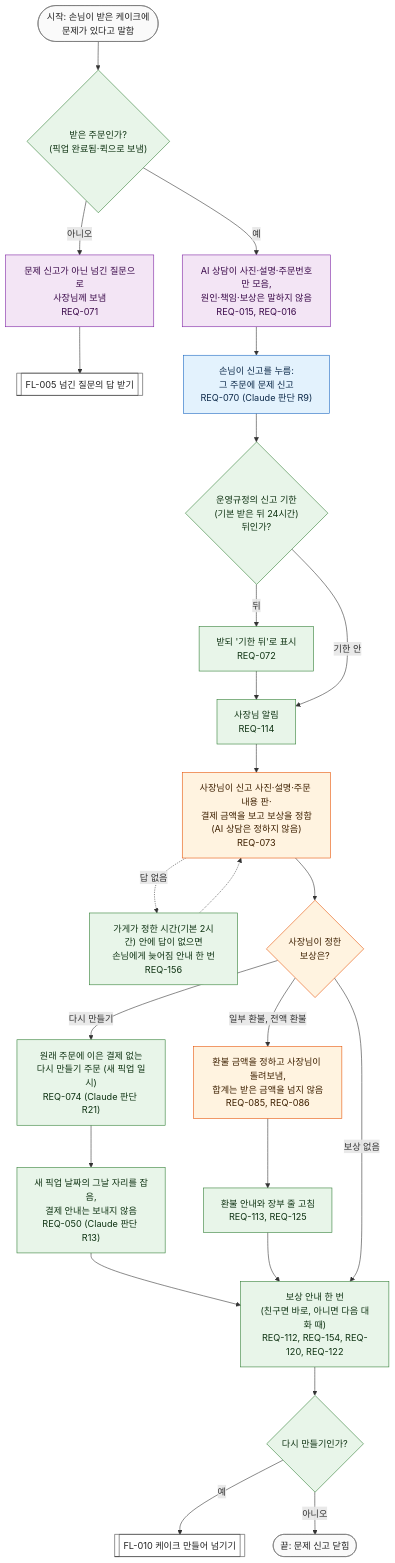
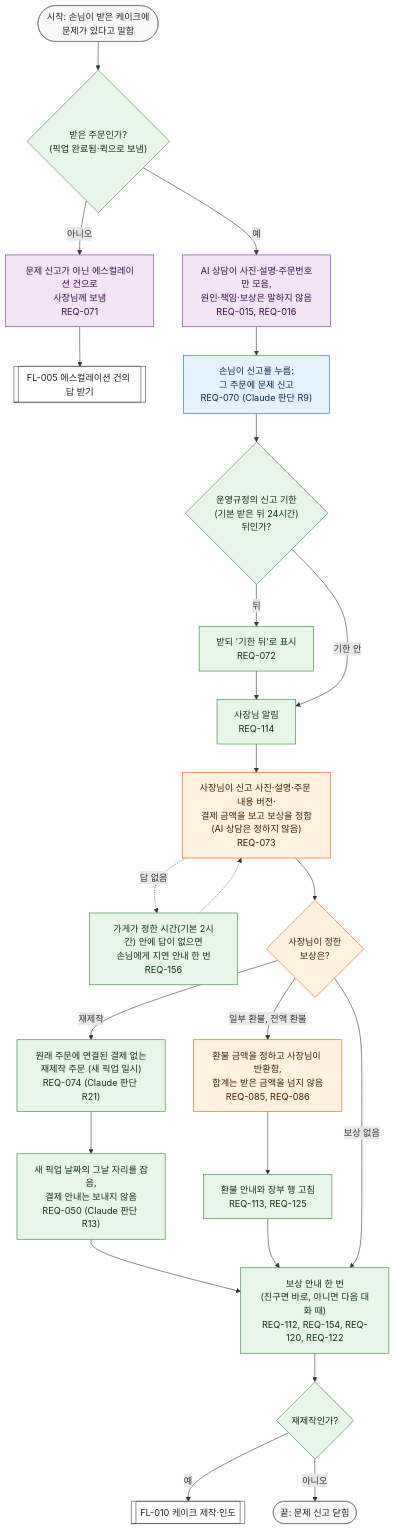
One commit to kodonghui/siljang.ai changed the diagram in docs/03-user-flow/FL-011-report-issue.md. Above: the diagram before and after it, drawn with Mermaid. The commit also changed other lines of this file and 55 other files, not shown here.

````diff
--- a/docs/03-user-flow/FL-011-report-issue.md
+++ b/docs/03-user-flow/FL-011-report-issue.md
@@ -18,53 +18,53 @@
 ```mermaid
 flowchart TD
   S(["시작: 손님이 받은 케이크에<br/>문제가 있다고 말함"])
   D0{"받은 주문인가?<br/>(픽업 완료됨·퀵으로 보냄)"}
-  I1["문제 신고가 아닌 넘긴 질문으로<br/>사장님께 보냄<br/>REQ-071"]
-  F5[["FL-005 넘긴 질문의 답 받기"]]
+  I1["문제 신고가 아닌 에스컬레이션 건으로<br/>사장님께 보냄<br/>REQ-071"]
+  F5[["FL-005 에스컬레이션 건의 답 받기"]]
   I2["AI 상담이 사진·설명·주문번호만 모음,<br/>원인·책임·보상은 말하지 않음<br/>REQ-015, REQ-016"]
   I3["손님이 신고를 누름:<br/>그 주문에 문제 신고<br/>REQ-070 (Claude 판단 R9)"]
   D1{"운영규정의 신고 기한<br/>(기본 받은 뒤 24시간)<br/>뒤인가?"}
   I4["받되 '기한 뒤'로 표시<br/>REQ-072"]
   I5["사장님 알림<br/>REQ-114"]
-  I6["사장님이 신고 사진·설명·주문 내용 판·<br/>결제 금액을 보고 보상을 정함<br/>(AI 상담은 정하지 않음)<br/>REQ-073"]
-  G6["가게가 정한 시간(기본 2시간) 안에 답이 없으면<br/>손님에게 늦어짐 안내 한 번<br/>REQ-156"]
+  I6["사장님이 신고 사진·설명·주문 내용 버전·<br/>결제 금액을 보고 보상을 정함<br/>(AI 상담은 정하지 않음)<br/>REQ-073"]
+  G6["가게가 정한 시간(기본 2시간) 안에 답이 없으면<br/>손님에게 지연 안내 한 번<br/>REQ-156"]
   D2{"사장님이 정한<br/>보상은?"}
-  I7["원래 주문에 이은 결제 없는<br/>다시 만들기 주문 (새 픽업 일시)<br/>REQ-074 (Claude 판단 R21)"]
+  I7["원래 주문에 연결된 결제 없는<br/>재제작 주문 (새 픽업 일시)<br/>REQ-074 (Claude 판단 R21)"]
   I8["새 픽업 날짜의 그날 자리를 잡음,<br/>결제 안내는 보내지 않음<br/>REQ-050 (Claude 판단 R13)"]
-  I9["환불 금액을 정하고 사장님이 돌려보냄,<br/>합계는 받은 금액을 넘지 않음<br/>REQ-085, REQ-086"]
-  I10["환불 안내와 장부 줄 고침<br/>REQ-113, REQ-125"]
+  I9["환불 금액을 정하고 사장님이 반환함,<br/>합계는 받은 금액을 넘지 않음<br/>REQ-085, REQ-086"]
+  I10["환불 안내와 장부 행 고침<br/>REQ-113, REQ-125"]
   I11["보상 안내 한 번<br/>(친구면 바로, 아니면 다음 대화 때)<br/>REQ-112, REQ-154, REQ-120, REQ-122"]
-  D3{"다시 만들기인가?"}
-  F10[["FL-010 케이크 만들어 넘기기"]]
+  D3{"재제작인가?"}
+  F10[["FL-010 케이크 제작·인도"]]
   E1(["끝: 문제 신고 닫힘"])
 
   S --> D0
   D0 -->|"아니오"| I1 --> F5
   D0 -->|"예"| I2 --> I3 --> D1
   D1 -->|"뒤"| I4 --> I5
   D1 -->|"기한 안"| I5
   I5 --> I6 --> D2
   I6 -.->|"답 없음"| G6
   G6 -.-> I6
-  D2 -->|"다시 만들기"| I7 --> I8 --> I11
+  D2 -->|"재제작"| I7 --> I8 --> I11
   D2 -->|"일부 환불, 전액 환불"| I9 --> I10 --> I11
   D2 -->|"보상 없음"| I11
   I11 --> D3
   D3 -->|"예"| F10
   D3 -->|"아니오"| E1
 
   classDef cust fill:#e3f2fd,stroke:#1565c0,color:#0d2a4a
   classDef ai fill:#f3e5f5,stroke:#7b1fa2,color:#3b0a4a
   classDef owner fill:#fff3e0,stroke:#e65100,color:#3e2000
   classDef svc fill:#e8f5e9,stroke:#2e7d32,color:#0f3313
   classDef gap fill:#fffde7,stroke:#f9a825,stroke-dasharray:5 5,color:#4a3b00
   classDef flow fill:#ffffff,stroke:#424242,color:#212121
   classDef term fill:#fafafa,stroke:#757575,color:#212121
   class I3 cust
   class I1,I2 ai
   class I6,D2,I9 owner
   class D0,D1,I4,I5,I7,I8,I10,I11,D3 svc
   class G6 svc
   class F5,F10 flow
   class S,E1 term
 ```
````
